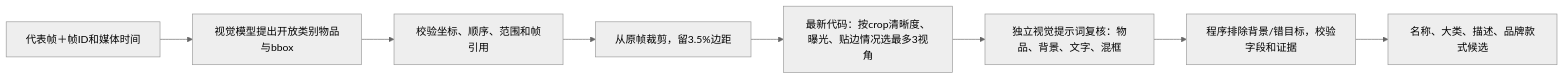
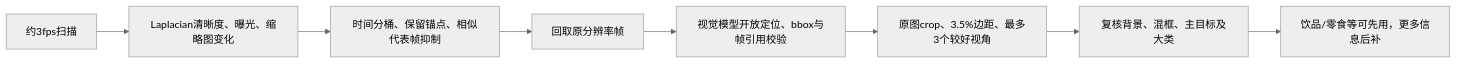
Before and after one commit to ZnAtom/MindBox: the second of 4 diagrams in code/doc/processing-flow.md, drawn with Mermaid (neutral theme). The commit also changed other lines of this file and 8 other files, not shown here.

````diff
--- a/code/doc/processing-flow.md
+++ b/code/doc/processing-flow.md
@@ -76,10 +48,10 @@
 ```mermaid
 flowchart LR
-    F["代表帧＋帧ID和媒体时间"] --> V["视觉模型提出开放类别物品与bbox"]
-    V --> B["校验坐标、顺序、范围和帧引用"]
-    B --> C["从原帧裁剪，留3.5%边距"]
-    C --> Q["最新代码：按crop清晰度、曝光、贴边情况选最多3视角"]
-    Q --> R["独立视觉提示词复核：物品、背景、文字、混框"]
-    R --> G["程序排除背景/错目标，校验字段和证据"]
-    G --> O["名称、大类、描述、品牌款式候选"]
+    SCAN["约3fps扫描"] --> SCORE["Laplacian清晰度、曝光、缩略图变化"]
+    SCORE --> PICK["时间分桶、保留锚点、相似代表帧抑制"]
+    PICK --> RAW["回取原分辨率帧"]
+    RAW --> BOX["视觉模型开放定位、bbox与帧引用校验"]
+    BOX --> CROP["原图crop、3.5%边距、最多3个较好视角"]
+    CROP --> CHECK["复核背景、混框、主目标及大类"]
+    CHECK --> NAME["饮品/零食等可先用，更多信息后补"]
 ```
````
